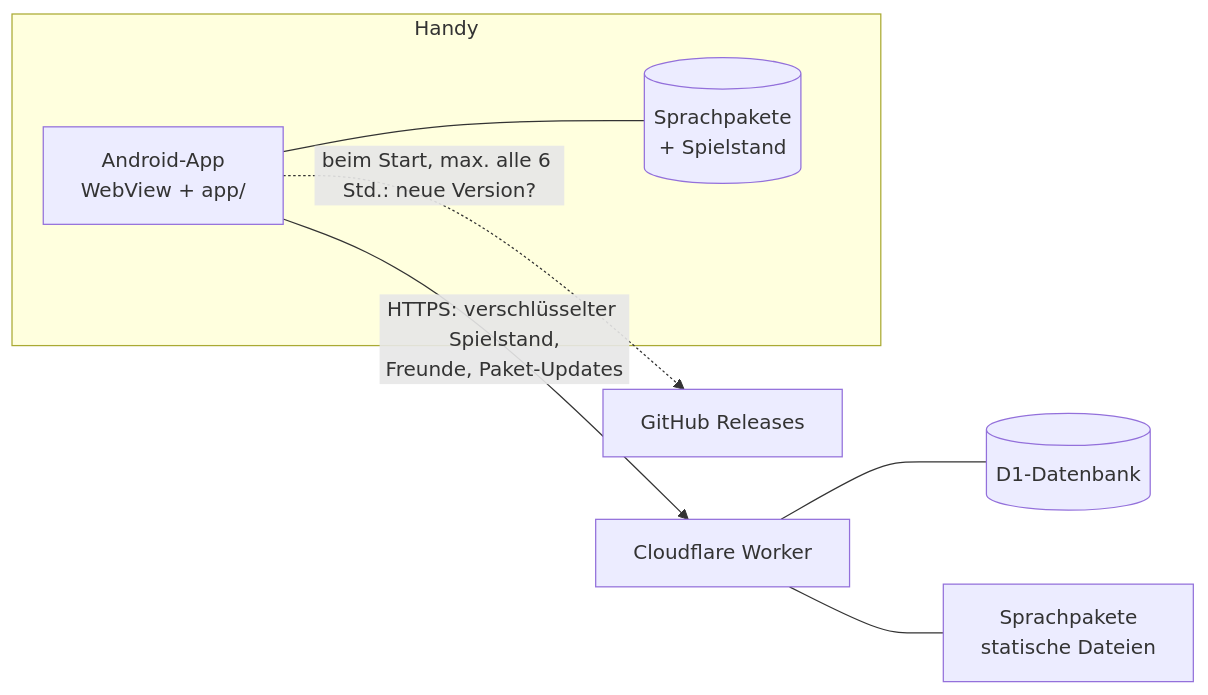
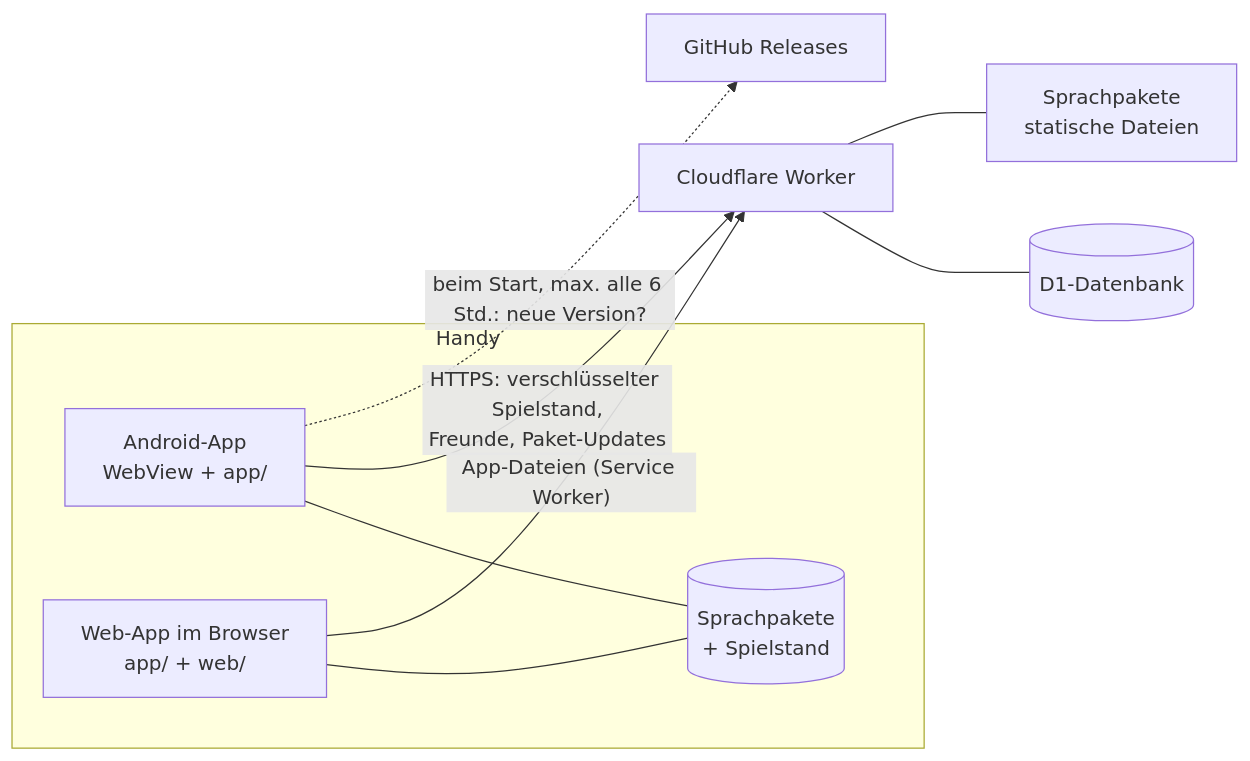
The diagram in README.md (geonerd97/OpenSprachFuchs), drawn with Mermaid before and after one commit. The commit also changed other lines of this file and 17 other files, not shown here.

First line of the commit message:
Web-App für iPhones und andere Geräte

````diff
--- a/README.md
+++ b/README.md
@@ -59,10 +61,12 @@
 ```mermaid
 flowchart LR
   subgraph Handy
     A[Android-App<br>WebView + app/] --- P[(Sprachpakete<br>+ Spielstand)]
+    B[Web-App im Browser<br>app/ + web/] --- P
   end
+  B -- "App-Dateien (Service Worker)" --> W
   A -- "HTTPS: verschlüsselter Spielstand,<br>Freunde, Paket-Updates" --> W[Cloudflare Worker]
   W --- D[(D1-Datenbank)]
   W --- S[Sprachpakete<br>statische Dateien]
   A -. "beim Start, max. alle 6 Std.: neue Version?" .-> G[GitHub Releases]
 ```
````
